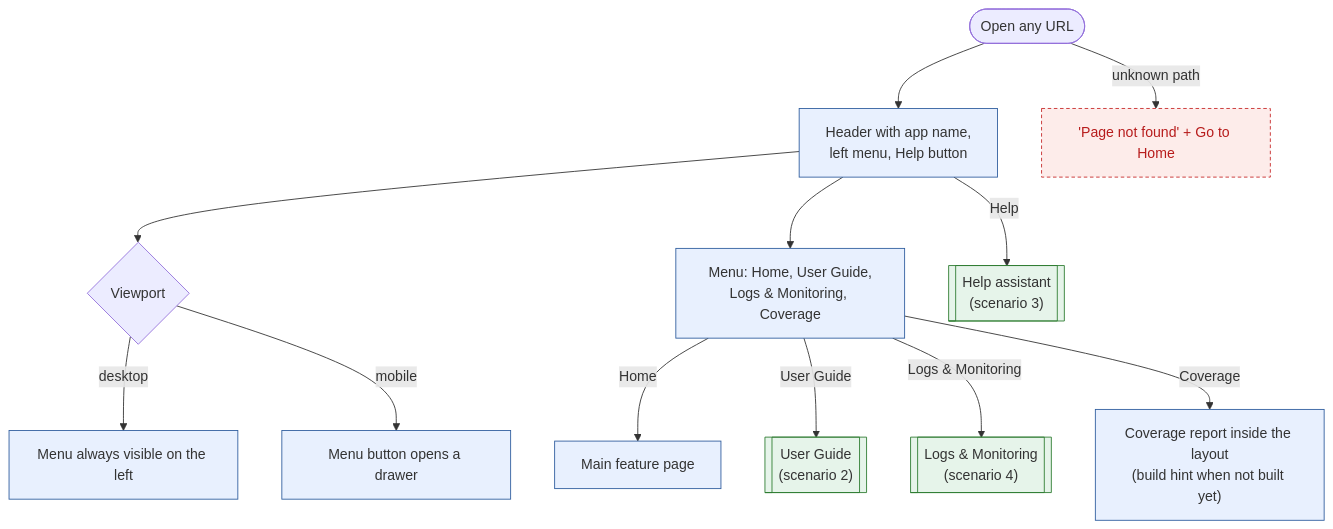
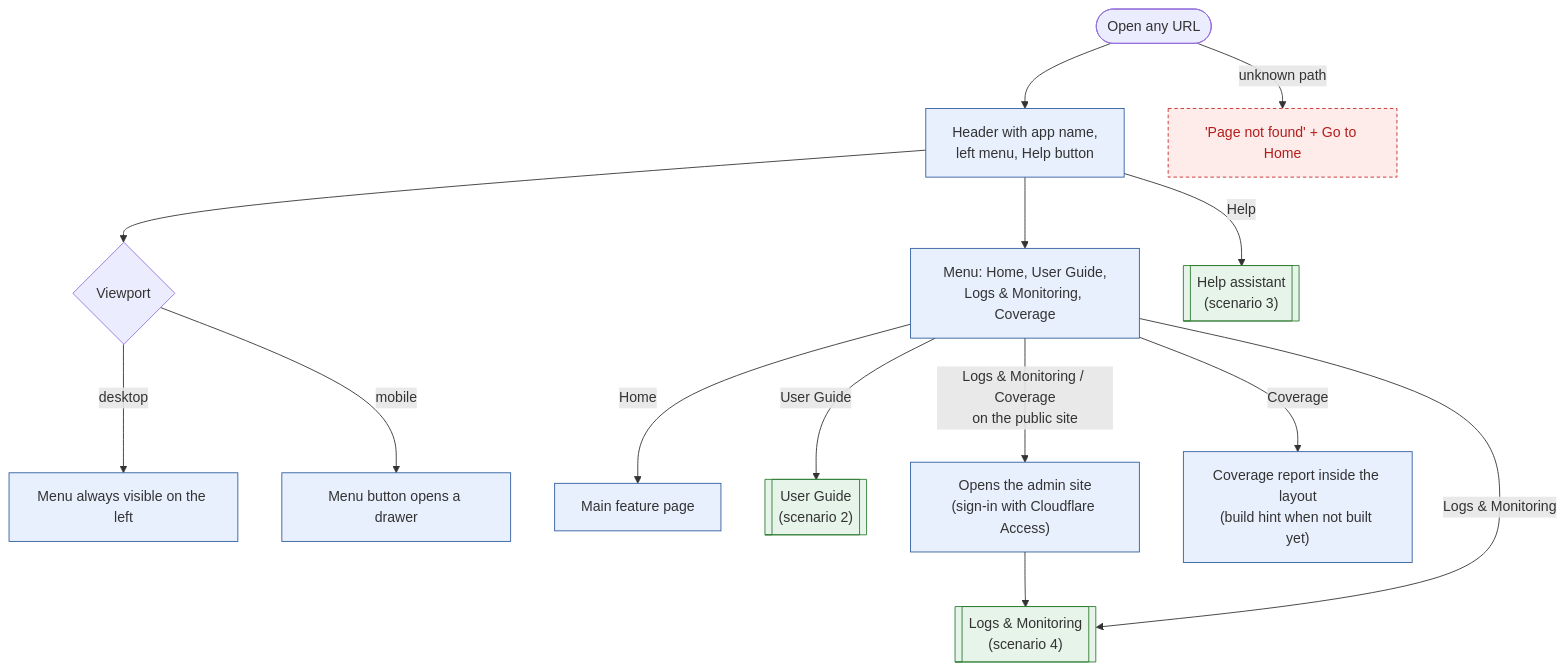
Before and after one commit to cd-jung/fullstack-template: the diagram in ux-flows/01-app-shell.md, drawn with Mermaid. The commit also changed other lines of this file and 57 other files, not shown here.

First line of the commit message:
Admin site behind Cloudflare Access and resource headroom gauges (from BookFinder)

````diff
--- a/ux-flows/01-app-shell.md
+++ b/ux-flows/01-app-shell.md
@@ -5,27 +6,29 @@
 ```mermaid
 flowchart TD
   open(["Open any URL"]) --> shell["Header with app name,<br/>left menu, Help button"]
   shell --> viewport{"Viewport"}
   viewport -->|"desktop"| permanent["Menu always visible on the left"]
   viewport -->|"mobile"| drawer["Menu button opens a drawer"]
   shell --> menu["Menu: Home, User Guide,<br/>Logs & Monitoring, Coverage"]
   menu -->|"Home"| home["Main feature page"]
   menu -->|"User Guide"| guide[["User Guide<br/>(scenario 2)"]]
+  menu -->|"Logs & Monitoring / Coverage<br/>on the public site"| adminLink["Opens the admin site<br/>(sign-in with Cloudflare Access)"]
+  adminLink --> logs
   menu -->|"Logs & Monitoring"| logs[["Logs & Monitoring<br/>(scenario 4)"]]
   menu -->|"Coverage"| coverage["Coverage report inside the layout<br/>(build hint when not built yet)"]
   shell -->|"Help"| help[["Help assistant<br/>(scenario 3)"]]
   open -->|"unknown path"| notFound["'Page not found' + Go to Home"]
 
   classDef screen fill:#e8f0fe,stroke:#2f5d9e
   classDef hidden fill:#fdecea,stroke:#c62828,stroke-dasharray:4 3,color:#b71c1c
   classDef link fill:#e6f4ea,stroke:#2e7d32
-  class shell,permanent,drawer,menu,home,coverage screen
+  class shell,permanent,drawer,menu,home,coverage,adminLink screen
   class notFound hidden
   class guide,logs,help link
 
   %% link guide 02-user-guide.md
   %% link logs 04-logs-monitoring.md
   %% link help 03-help-assistant.md
 
   %% guide 01-getting-started.md
 ```
````
